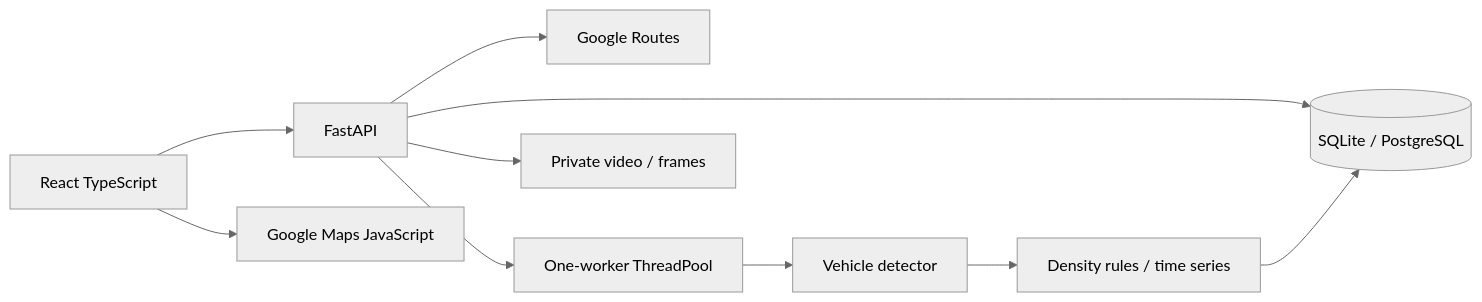
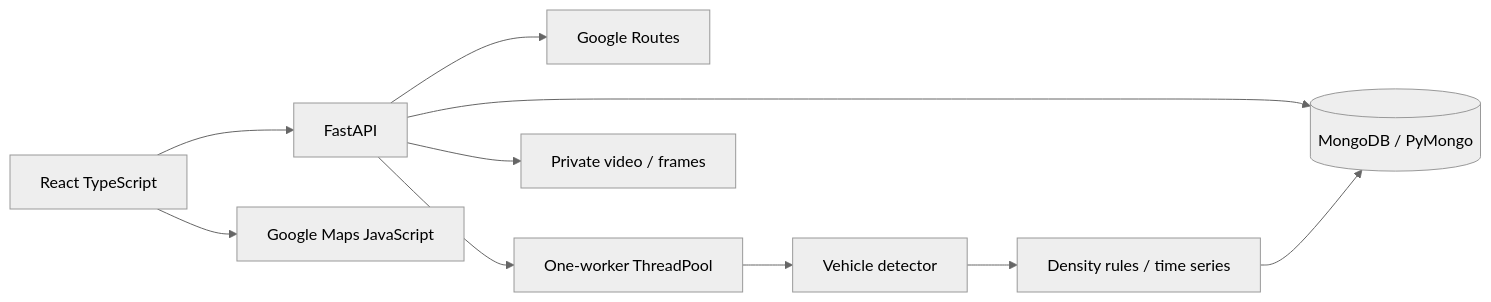
The first of 2 diagrams in docs/architecture.md (nguyenbaolong2504/SmartEye), drawn with Mermaid (neutral theme) before and after one commit. The commit also changed other lines of this file and 60 other files, not shown here.

````diff
--- a/docs/architecture.md
+++ b/docs/architecture.md
@@ -3,12 +3,12 @@
 ```mermaid
 flowchart LR
   UI[React TypeScript] --> API[FastAPI]
-  API --> DB[(SQLite / PostgreSQL)]
+  API --> DB[(MongoDB / PyMongo)]
   API --> Google[Google Routes]
   UI --> Map[Google Maps JavaScript]
   API --> Queue[One-worker ThreadPool]
   Queue --> YOLO[Vehicle detector]
   YOLO --> Rules[Density rules / time series]
   Rules --> DB
   API --> Files[Private video / frames]
 ```
````
